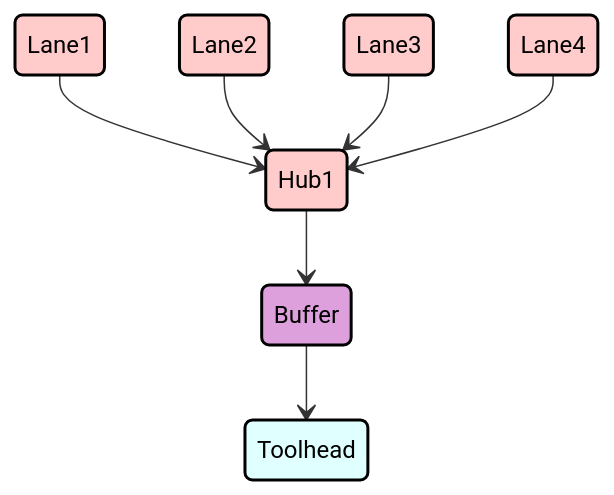
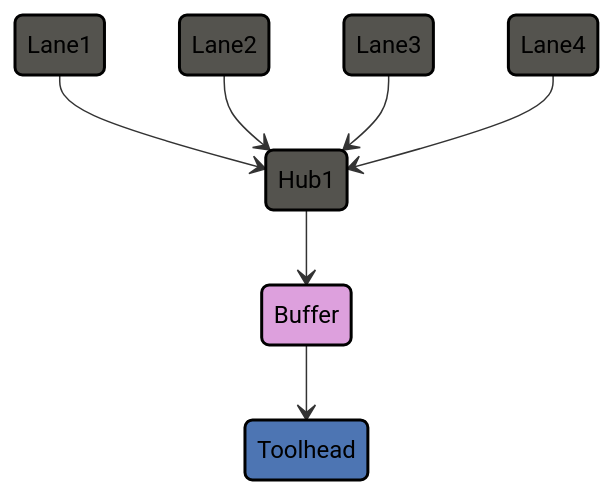
Before and after one commit to ArmoredTurtle/AFC-Klipper-Add-On: the first of 4 diagrams in documentation/configuration/configuration_examples.md, drawn with Mermaid. The commit also changed 9 other files, not shown here.

````diff
--- a/documentation/configuration/configuration_examples.md
+++ b/documentation/configuration/configuration_examples.md
@@ -14,28 +14,28 @@
 ``` mermaid
 stateDiagram-v2
     state "Lane1" as L1
     state "Lane2" as L2
     state "Lane3" as L3
     state "Lane4" as L4
 
     state "Hub1" as H1
     state "Buffer" as T
     state "Toolhead" as TH
 
     L1 --> H1
     L2 --> H1
     L3 --> H1
     L4 --> H1
 
     H1 --> T
     T --> TH
 
     %% Adding styles for colors and text visibility
-    style L1 fill:#ffcccb,stroke:#000000,stroke-width:2px,color:#000000
-    style L2 fill:#ffcccb,stroke:#000000,stroke-width:2px,color:#000000
-    style L3 fill:#ffcccb,stroke:#000000,stroke-width:2px,color:#000000
-    style L4 fill:#ffcccb,stroke:#000000,stroke-width:2px,color:#000000
-    style H1 fill:#ffcccb,stroke:#000000,stroke-width:2px,color:#000000
+    style L1 fill:#54534e,stroke:#000000,stroke-width:2px,color:#000000
+    style L2 fill:#54534e,stroke:#000000,stroke-width:2px,color:#000000
+    style L3 fill:#54534e,stroke:#000000,stroke-width:2px,color:#000000
+    style L4 fill:#54534e,stroke:#000000,stroke-width:2px,color:#000000
+    style H1 fill:#54534e,stroke:#000000,stroke-width:2px,color:#000000
     style T fill:#dda0dd,stroke:#000000,stroke-width:2px,color:#000000
-    style TH fill:#e0ffff,stroke:#000000,stroke-width:2px,color:#000000
+    style TH fill:#4d75b3,stroke:#000000,stroke-width:2px,color:#000000
 ``` 
````
